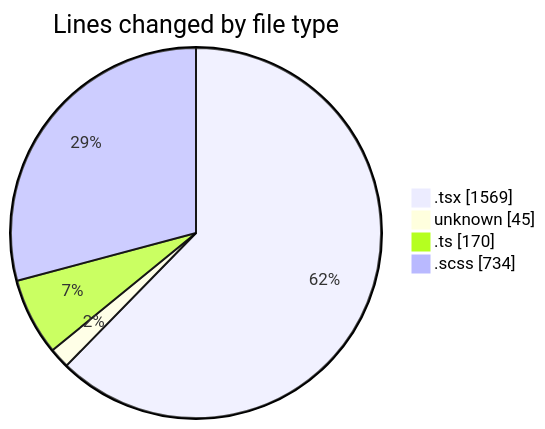
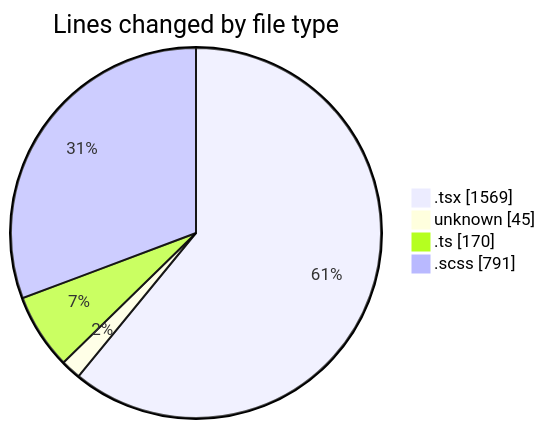
Before and after one commit to momahboobian/code-tracking: the first of 2 diagrams in 2025-09-01/cda/README.md, drawn with Mermaid. The commit also changed other lines of this file and 1 other file, not shown here.

````diff
--- a/2025-09-01/cda/README.md
+++ b/2025-09-01/cda/README.md
@@ -26,8 +26,8 @@
 ```mermaid
 pie showData
 title Lines changed by file type
 ".tsx" : 1569
 "unknown" : 45
 ".ts" : 170
-".scss" : 734
+".scss" : 791
 ```
````
